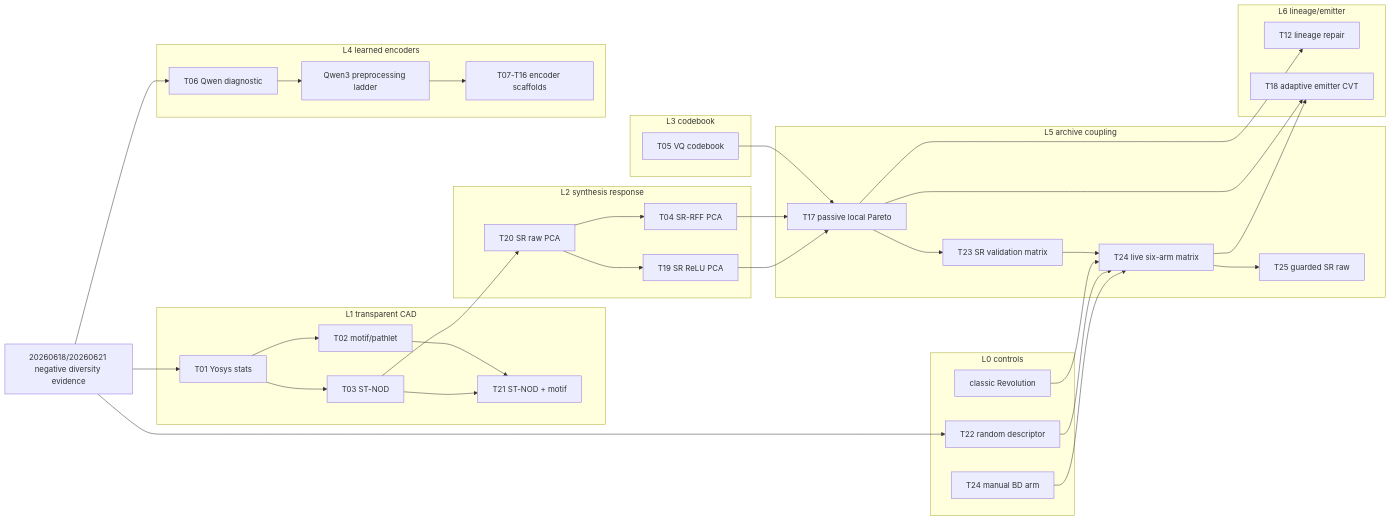
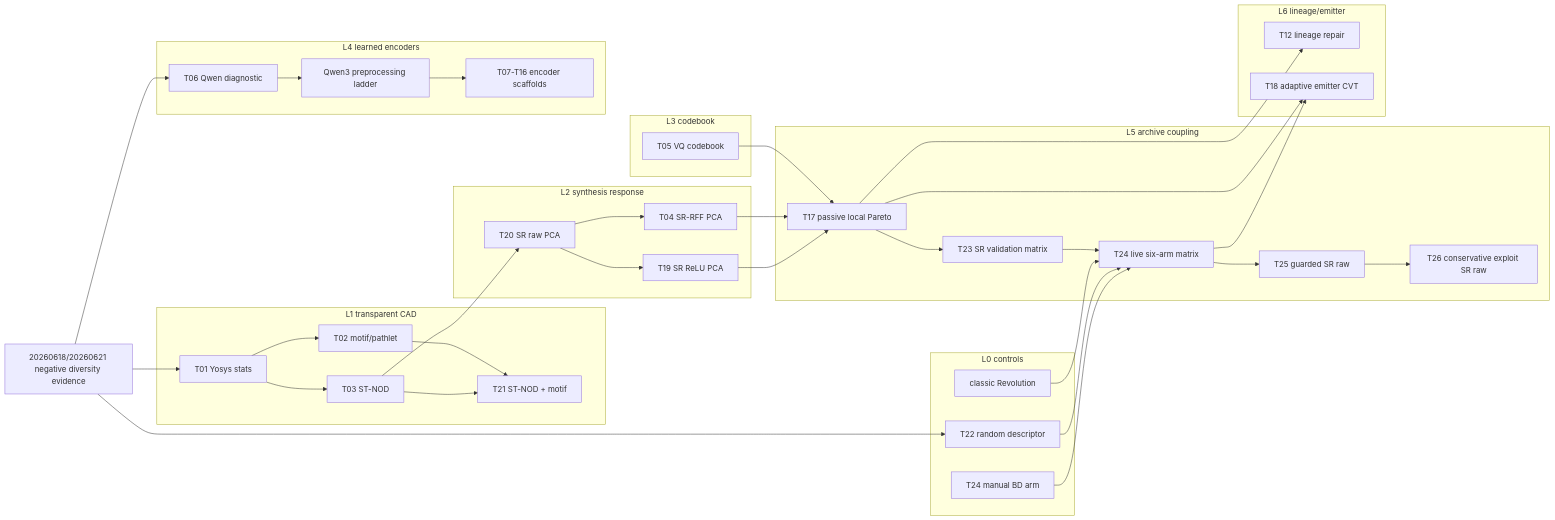
The diagram in docs/journal_features/revamp_history/20260622_010615_KST_useful_bd_push/technique_lineage_ledger.md (kmcho2019/REvolution), drawn with Mermaid before and after one commit. The commit also changed other lines of this file and 16 other files, not shown here.

````diff
--- a/docs/journal_features/revamp_history/20260622_010615_KST_useful_bd_push/technique_lineage_ledger.md
+++ b/docs/journal_features/revamp_history/20260622_010615_KST_useful_bd_push/technique_lineage_ledger.md
@@ -31,70 +31,72 @@
 ```mermaid
 flowchart LR
   prior[20260618/20260621 negative diversity evidence]
 
   subgraph controls[L0 controls]
     T22[T22 random descriptor]
     manual[T24 manual BD arm]
     classic[classic Revolution]
   end
 
   subgraph transparent[L1 transparent CAD]
     T01[T01 Yosys stats]
     T02[T02 motif/pathlet]
     T03[T03 ST-NOD]
     T21[T21 ST-NOD + motif]
   end
 
   subgraph sr[L2 synthesis response]
     T20[T20 SR raw PCA]
     T04[T04 SR-RFF PCA]
     T19[T19 SR ReLU PCA]
   end
 
   subgraph codebook[L3 codebook]
     T05[T05 VQ codebook]
   end
 
   subgraph learned[L4 learned encoders]
     T06[T06 Qwen diagnostic]
     qwen[Qwen3 preprocessing ladder]
     enc[T07-T16 encoder scaffolds]
   end
 
   subgraph archive[L5 archive coupling]
     T17[T17 passive local Pareto]
     T23[T23 SR validation matrix]
     T24[T24 live six-arm matrix]
     T25[T25 guarded SR raw]
+    T26[T26 conservative exploit SR raw]
   end
 
   subgraph emitters[L6 lineage/emitter]
     T12[T12 lineage repair]
     T18[T18 adaptive emitter CVT]
   end
 
   prior --> T01
   prior --> T06
   prior --> T22
   T01 --> T02
   T01 --> T03
   T02 --> T21
   T03 --> T21
   T03 --> T20
   T20 --> T04
   T20 --> T19
   T05 --> T17
   T04 --> T17
   T19 --> T17
   T17 --> T23
   T23 --> T24
   classic --> T24
   T22 --> T24
   manual --> T24
   T24 --> T25
+  T25 --> T26
   T06 --> qwen
   qwen --> enc
   T17 --> T12
   T17 --> T18
   T24 --> T18
 ```
````
